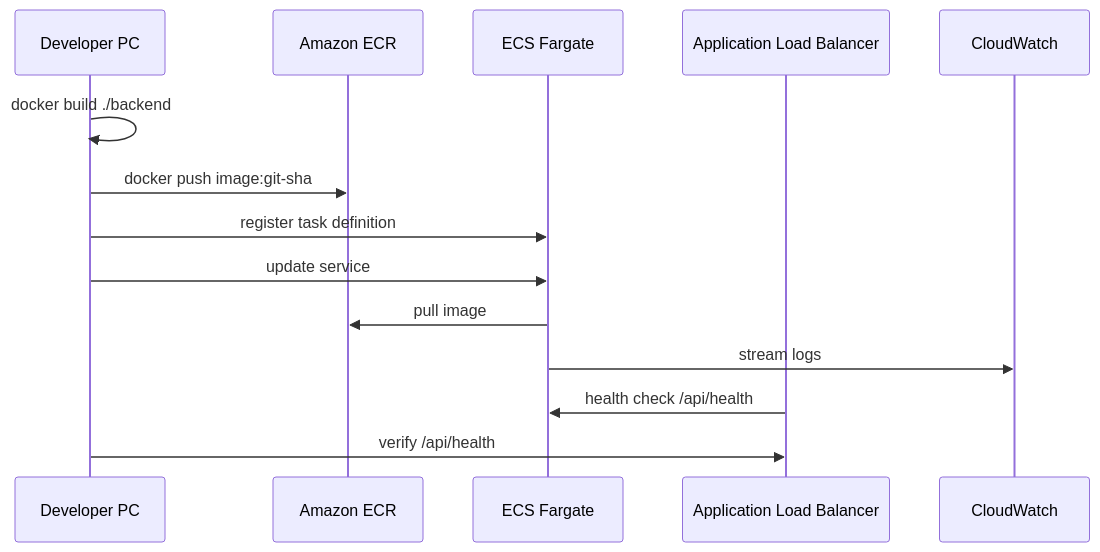
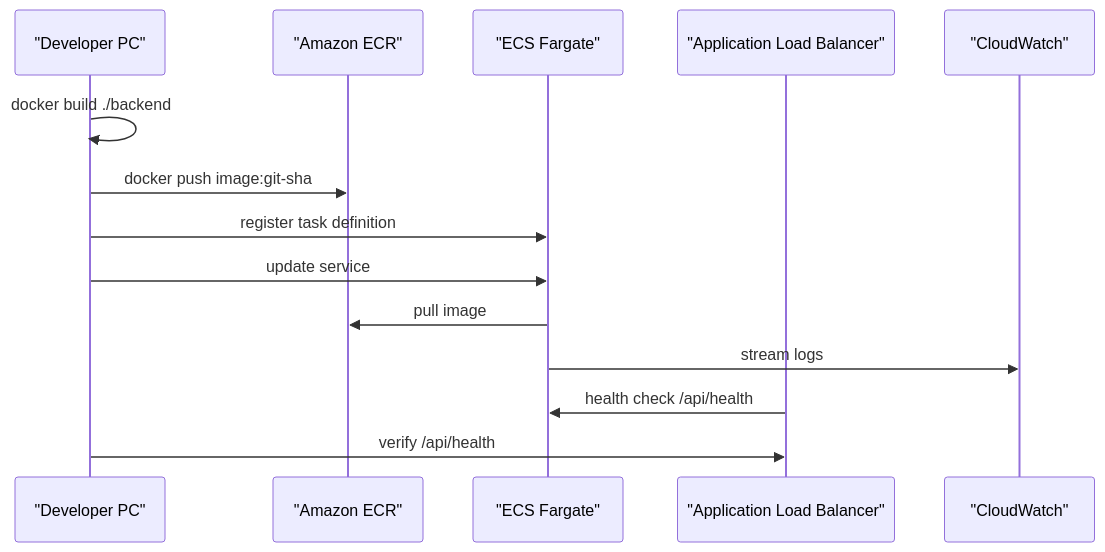
One commit to FixFlow-AI/FixFlow-AI-web changed the second of 2 diagrams in reference/roadmap.md. Above: the diagram before and after it, drawn with Mermaid. The commit also changed other lines of this file and 3 other files, not shown here.

Commit message:
docx: mermid diagram structure and technical plans are added for low level overview of it

````diff
--- a/reference/roadmap.md
+++ b/reference/roadmap.md
@@ -719,17 +719,17 @@
 ```mermaid
 sequenceDiagram
-  participant Dev as Developer PC
-  participant ECR as Amazon ECR
-  participant ECS as ECS Fargate
-  participant ALB as Application Load Balancer
-  participant CW as CloudWatch
+  participant Dev as "Developer PC"
+  participant ECR as "Amazon ECR"
+  participant ECS as "ECS Fargate"
+  participant ALB as "Application Load Balancer"
+  participant CW as "CloudWatch"
 
   Dev->>Dev: docker build ./backend
   Dev->>ECR: docker push image:git-sha
   Dev->>ECS: register task definition
   Dev->>ECS: update service
   ECS->>ECR: pull image
   ECS->>CW: stream logs
   ALB->>ECS: health check /api/health
   Dev->>ALB: verify /api/health
 ```
````
